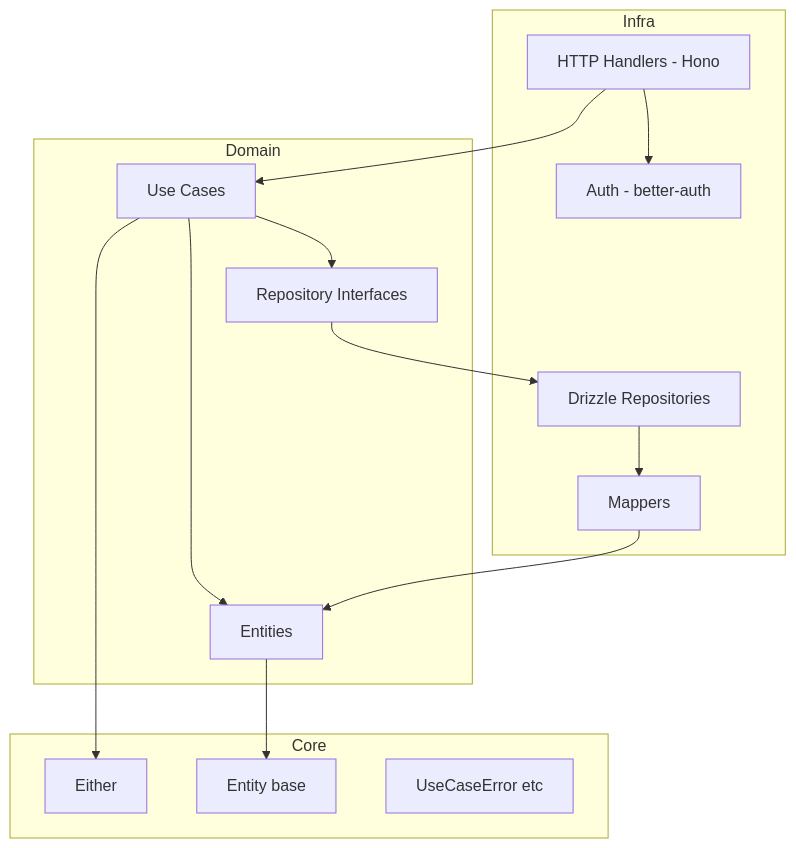
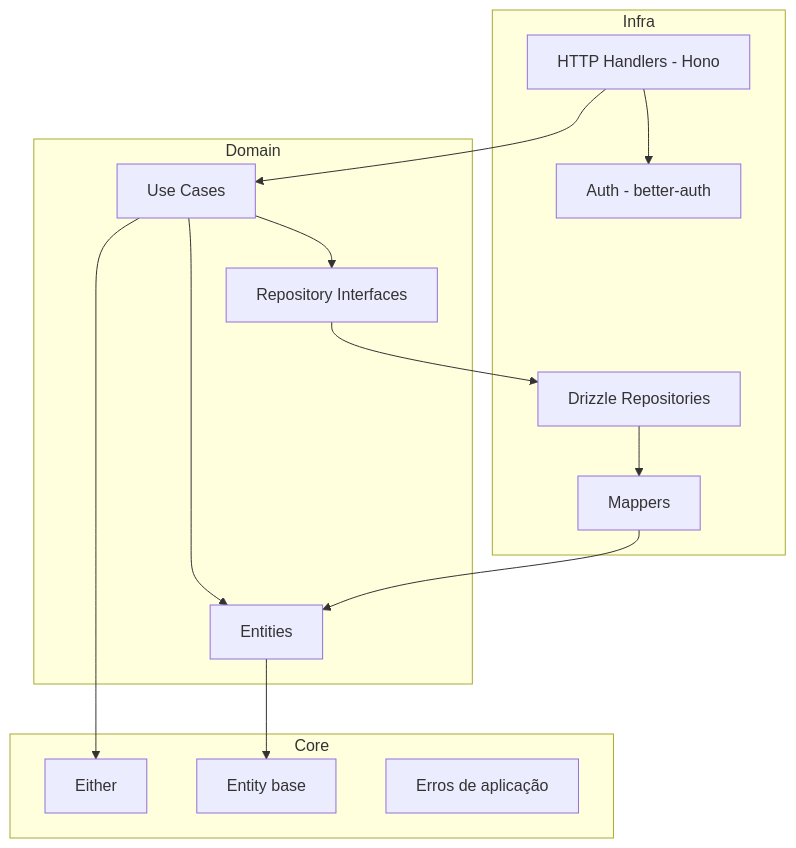
One commit to pedroaba/financial changed the third of 4 diagrams in README.md. Above: the diagram before and after it, drawn with Mermaid. The commit also changed other lines of this file, not shown here.

````diff
--- a/README.md
+++ b/README.md
@@ -185,29 +155,29 @@
 ```mermaid
 flowchart TB
   subgraph infra [Infra]
     HttpHandlers[HTTP Handlers - Hono]
     DrizzleRepos[Drizzle Repositories]
     Mappers[Mappers]
     Auth[Auth - better-auth]
   end
   subgraph domain [Domain]
     Entities[Entities]
     UseCases[Use Cases]
     RepoInterfaces[Repository Interfaces]
   end
   subgraph core [Core]
     Either[Either]
     EntityBase[Entity base]
-    Errors[UseCaseError etc]
+    Errors[Erros de aplicação]
   end
 
   HttpHandlers --> UseCases
   HttpHandlers --> Auth
   UseCases --> RepoInterfaces
   UseCases --> Either
   UseCases --> Entities
   Entities --> EntityBase
   RepoInterfaces --> DrizzleRepos
   DrizzleRepos --> Mappers
   Mappers --> Entities
 ```
````
